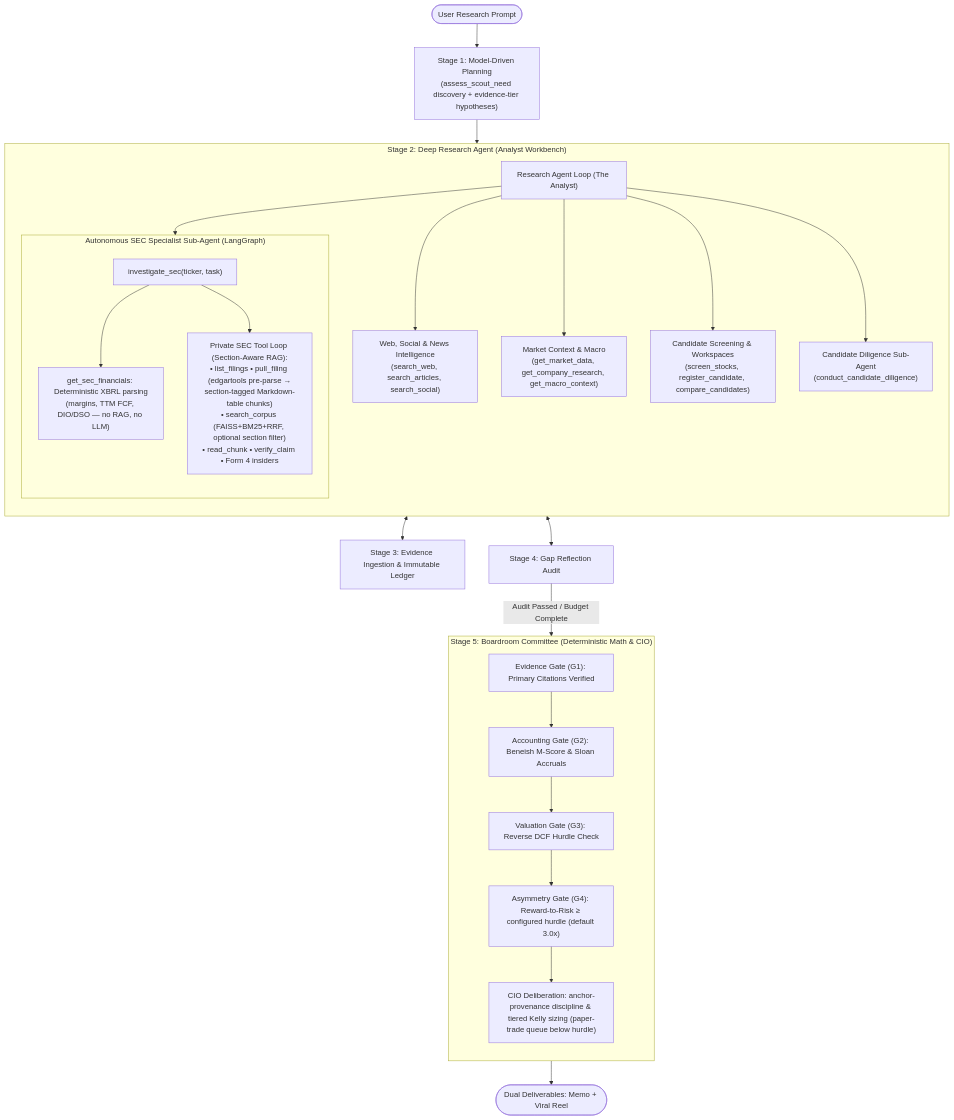
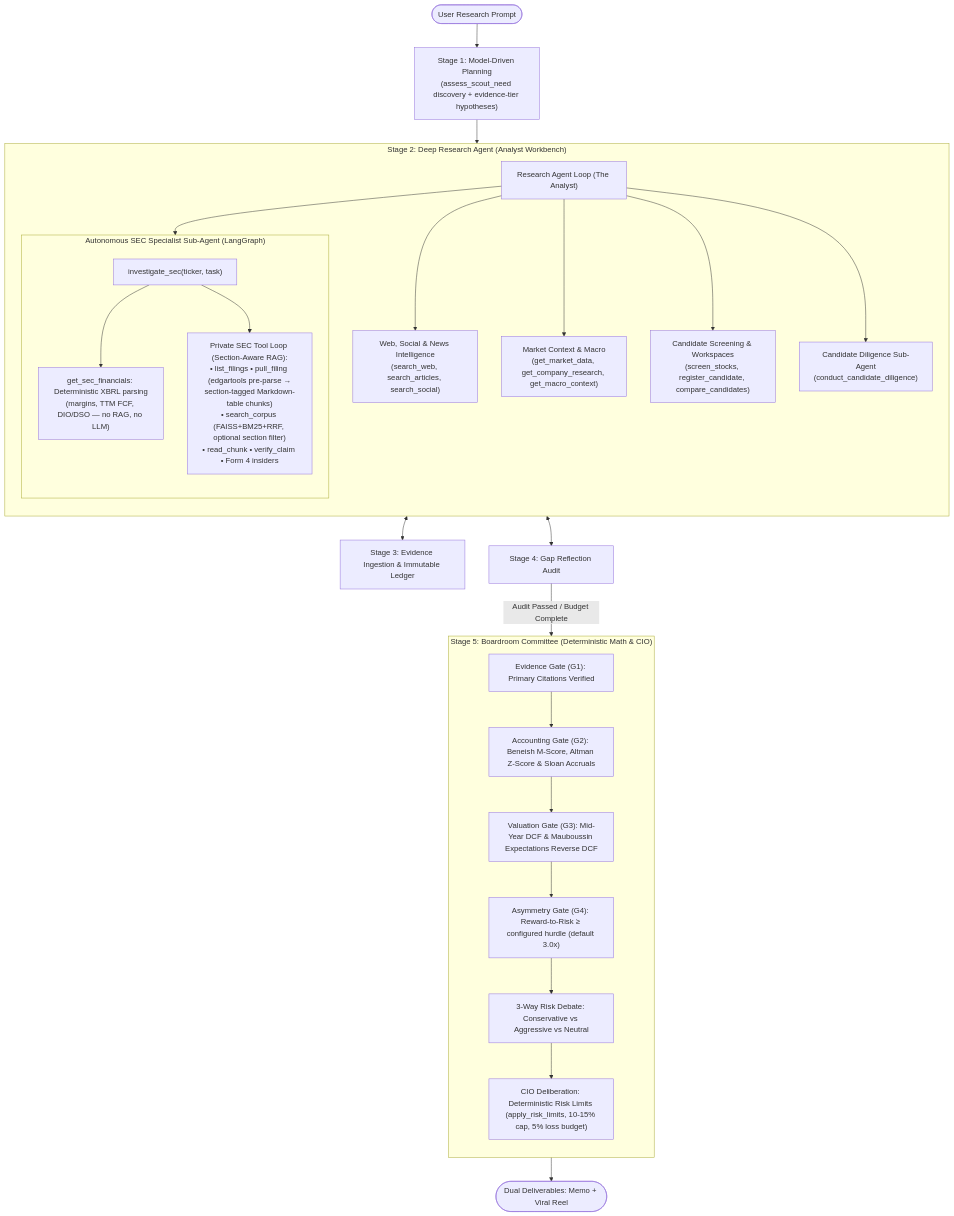
Before and after one commit to Unheat/memeTrading: the diagram in README.md, drawn with Mermaid. The commit also changed other lines of this file and 9 other files, not shown here.

Commit message:
docs: restructure architecture documentation, update graphs, and add ADRs 001-005

````diff
--- a/README.md
+++ b/README.md
@@ -182,46 +182,47 @@
 ```mermaid
 flowchart TD
     START([User Research Prompt]) --> S1["Stage 1: Model-Driven Planning<br/>(assess_scout_need discovery + evidence-tier hypotheses)"]
     S1 --> S2[Stage 2: Deep Research Agent Loop]
 
     subgraph S2["Stage 2: Deep Research Agent (Analyst Workbench)"]
         direction TB
         EXEC["Research Agent Loop (The Analyst)"]
         
         T_DISC["Web, Social & News Intelligence<br/>(search_web, search_articles, search_social)"]
         T_MKT["Market Context & Macro<br/>(get_market_data, get_company_research, get_macro_context)"]
         T_CAND["Candidate Screening & Workspaces<br/>(screen_stocks, register_candidate, compare_candidates)"]
         T_DIL["Candidate Diligence Sub-Agent<br/>(conduct_candidate_diligence)"]
 
         subgraph SEC_SPECIALIST["Autonomous SEC Specialist Sub-Agent (LangGraph)"]
             direction TB
             sec_entry["investigate_sec(ticker, task)"]
             sec_fin["get_sec_financials: Deterministic XBRL parsing<br/>(margins, TTM FCF, DIO/DSO — no RAG, no LLM)"]
             sec_tools["Private SEC Tool Loop (Section-Aware RAG):<br/>• list_filings • pull_filing (edgartools pre-parse →<br/>section-tagged Markdown-table chunks)<br/>• search_corpus (FAISS+BM25+RRF, optional section filter)<br/>• read_chunk • verify_claim • Form 4 insiders"]
             sec_entry --> sec_fin
             sec_entry --> sec_tools
         end
 
         EXEC --> T_DISC
         EXEC --> T_MKT
         EXEC --> T_CAND
         EXEC --> T_DIL
         EXEC --> sec_entry
     end
 
     S2 <--> S3[Stage 3: Evidence Ingestion & Immutable Ledger]
     S2 <--> S4[Stage 4: Gap Reflection Audit]
     S4 -->|Audit Passed / Budget Complete| S5[Stage 5: Committee Boardroom Gates]
 
     subgraph S5["Stage 5: Boardroom Committee (Deterministic Math & CIO)"]
         direction TB
         G1["Evidence Gate (G1): Primary Citations Verified"]
-        G2["Accounting Gate (G2): Beneish M-Score & Sloan Accruals"]
-        G3["Valuation Gate (G3): Reverse DCF Hurdle Check"]
+        G2["Accounting Gate (G2): Beneish M-Score, Altman Z-Score & Sloan Accruals"]
+        G3["Valuation Gate (G3): Mid-Year DCF & Mauboussin Expectations Reverse DCF"]
         G4["Asymmetry Gate (G4): Reward-to-Risk ≥ configured hurdle (default 3.0x)"]
-        CIO["CIO Deliberation: anchor-provenance discipline & tiered Kelly sizing (paper-trade queue below hurdle)"]
-        G1 --> G2 --> G3 --> G4 --> CIO
+        DEBATE["3-Way Risk Debate: Conservative vs Aggressive vs Neutral"]
+        CIO["CIO Deliberation: Deterministic Risk Limits (apply_risk_limits, 10-15% cap, 5% loss budget)"]
+        G1 --> G2 --> G3 --> G4 --> DEBATE --> CIO
     end
 
     S5 --> END([Dual Deliverables: Memo + Viral Reel])
 ```
````
